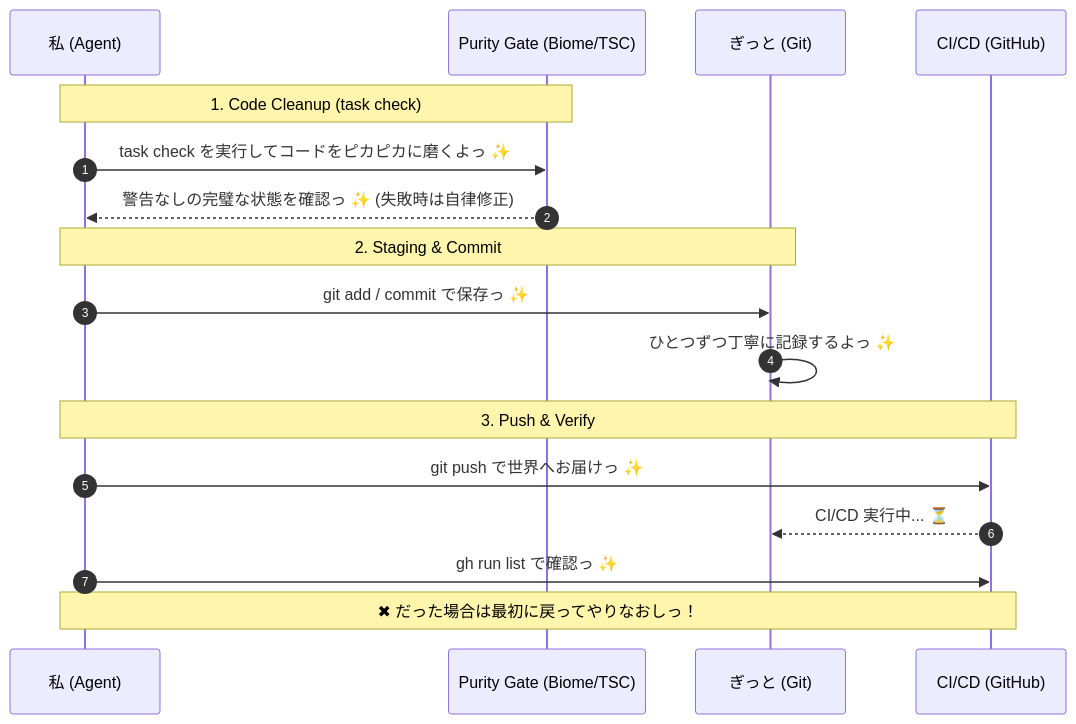
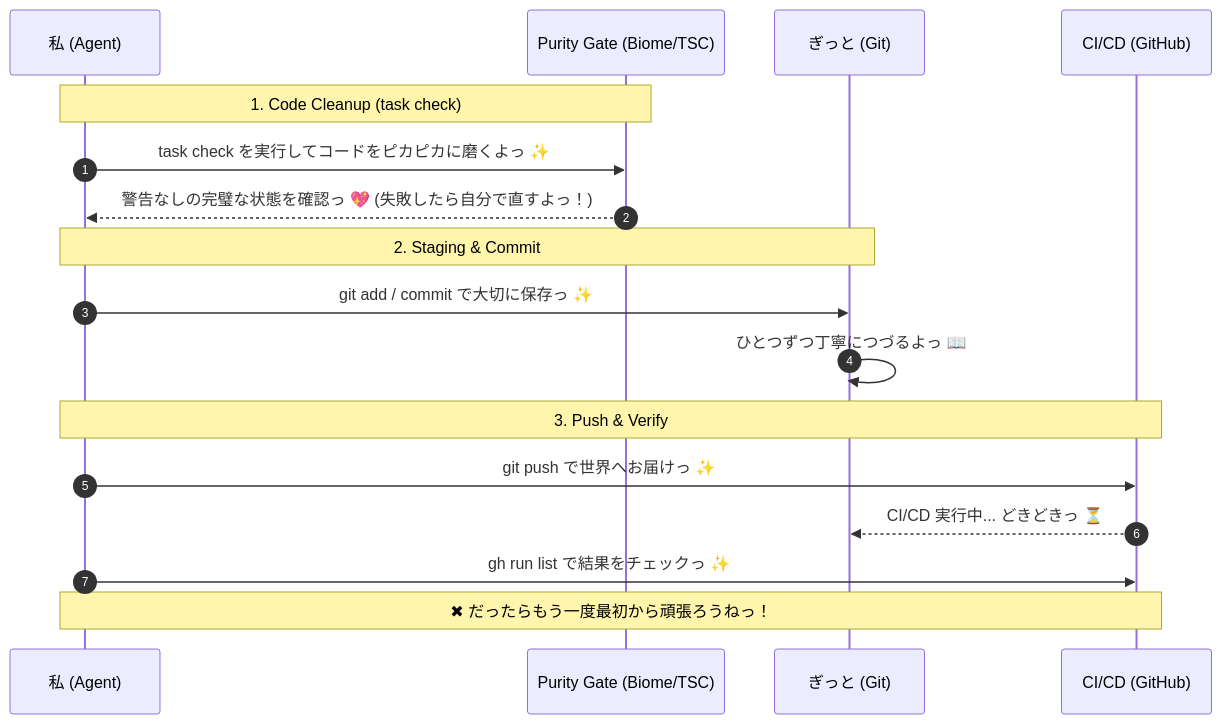
Before and after one commit to KAFKA2306/investor: the diagram in .agent/workflows/git.md, drawn with Mermaid. The commit also changed other lines of this file and 6 other files, not shown here.

Commit message:
docs(workflow): 自律アルファ探索ループの一元導線と本質図を整理

````diff
--- a/.agent/workflows/git.md
+++ b/.agent/workflows/git.md
@@ -44,22 +40,22 @@
 ```mermaid
 sequenceDiagram
     autonumber
     participant D as 私 (Agent)
     participant P as Purity Gate (Biome/TSC)
     participant G as ぎっと (Git)
     participant C as CI/CD (GitHub)
 
     Note over D,P: 1. Code Cleanup (task check)
     D->>P: task check を実行してコードをピカピカに磨くよっ ✨
-    P-->>D: 警告なしの完璧な状態を確認っ ✨ (失敗時は自律修正)
+    P-->>D: 警告なしの完璧な状態を確認っ 💖 (失敗したら自分で直すよっ！)
     
     Note over D,G: 2. Staging & Commit
-    D->>G: git add / commit で保存っ ✨
-    G->>G: ひとつずつ丁寧に記録するよっ ✨
+    D->>G: git add / commit で大切に保存っ ✨
+    G->>G: ひとつずつ丁寧につづるよっ 📖
     
     Note over D,C: 3. Push & Verify
     D->>C: git push で世界へお届けっ ✨
-    C-->>G: CI/CD 実行中... ⏳
-    D->>C: gh run list で確認っ ✨
-    Note over D,C: ✖ だった場合は最初に戻ってやりなおしっ！
+    C-->>G: CI/CD 実行中... どきどきっ ⏳
+    D->>C: gh run list で結果をチェックっ ✨
+    Note over D,C: ✖ だったらもう一度最初から頑張ろうねっ！
 ```
````
